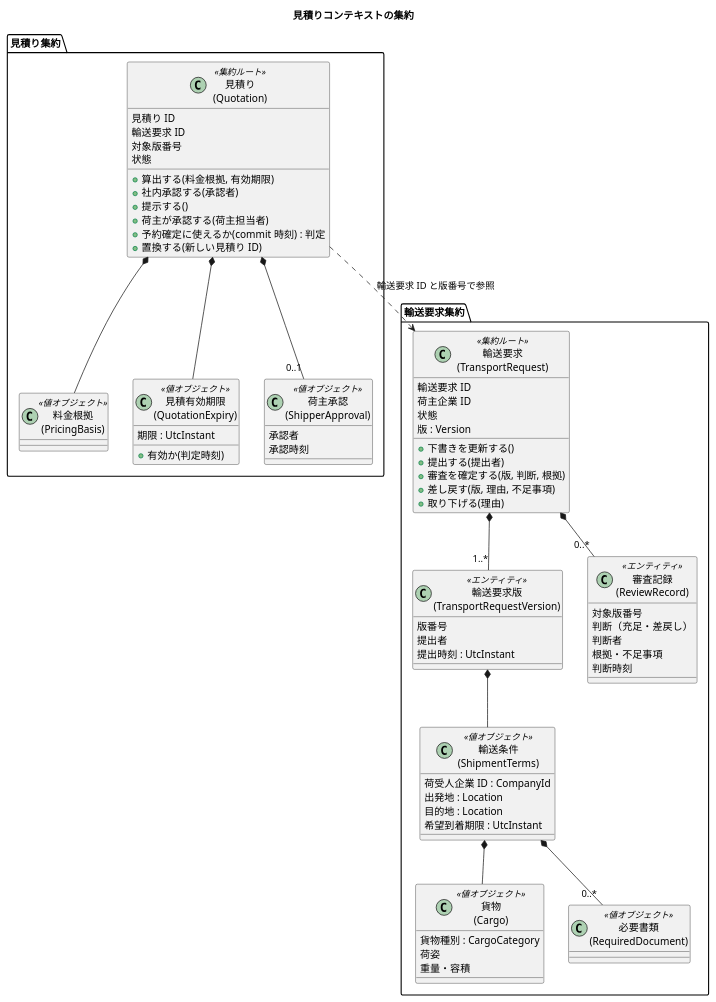
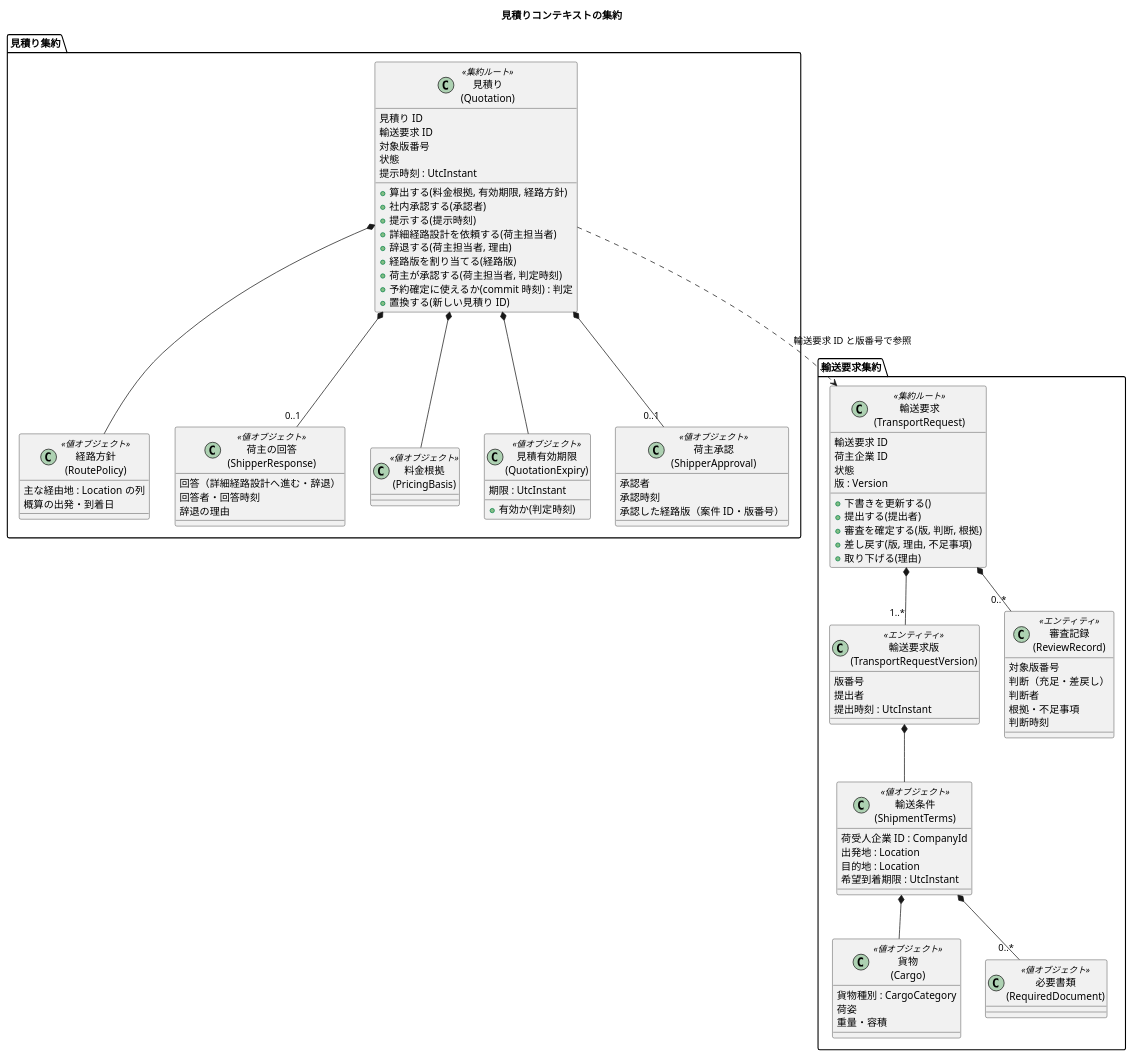
The third of 15 diagrams in docs/design/cargo-tracker/domain_model.md (k2works/practical-domain-driven-design-in-enterpris-application), drawn with PlantUML before and after one commit. The commit also changed other lines of this file and 25 other files, not shown here.

```diff
--- a/docs/design/cargo-tracker/domain_model.md
+++ b/docs/design/cargo-tracker/domain_model.md
@@ -221,12 +233,25 @@
     輸送要求 ID
     対象版番号
     状態
-    + 算出する(料金根拠, 有効期限)
+    提示時刻 : UtcInstant
+    + 算出する(料金根拠, 有効期限, 経路方針)
     + 社内承認する(承認者)
-    + 提示する()
-    + 荷主が承認する(荷主担当者)
+    + 提示する(提示時刻)
+    + 詳細経路設計を依頼する(荷主担当者)
+    + 辞退する(荷主担当者, 理由)
+    + 経路版を割り当てる(経路版)
+    + 荷主が承認する(荷主担当者, 判定時刻)
     + 予約確定に使えるか(commit 時刻) : 判定
     + 置換する(新しい見積り ID)
+  }
+  class "経路方針\n(RoutePolicy)" as RP <<値オブジェクト>> {
+    主な経由地 : Location の列
+    概算の出発・到着日
+  }
+  class "荷主の回答\n(ShipperResponse)" as SR <<値オブジェクト>> {
+    回答（詳細経路設計へ進む・辞退）
+    回答者・回答時刻
+    辞退の理由
   }
   class "料金根拠\n(PricingBasis)" as PB <<値オブジェクト>>
   class "見積有効期限\n(QuotationExpiry)" as Exp <<値オブジェクト>> {
@@ -236,9 +261,12 @@
   class "荷主承認\n(ShipperApproval)" as SA <<値オブジェクト>> {
     承認者
     承認時刻
+    承認した経路版（案件 ID・版番号）
   }
   Q *-- PB
   Q *-- Exp
+  Q *-- RP
+  Q *-- "0..1" SR
   Q *-- "0..1" SA
 }
 Q ..> TR : 輸送要求 ID と版番号で参照
```
